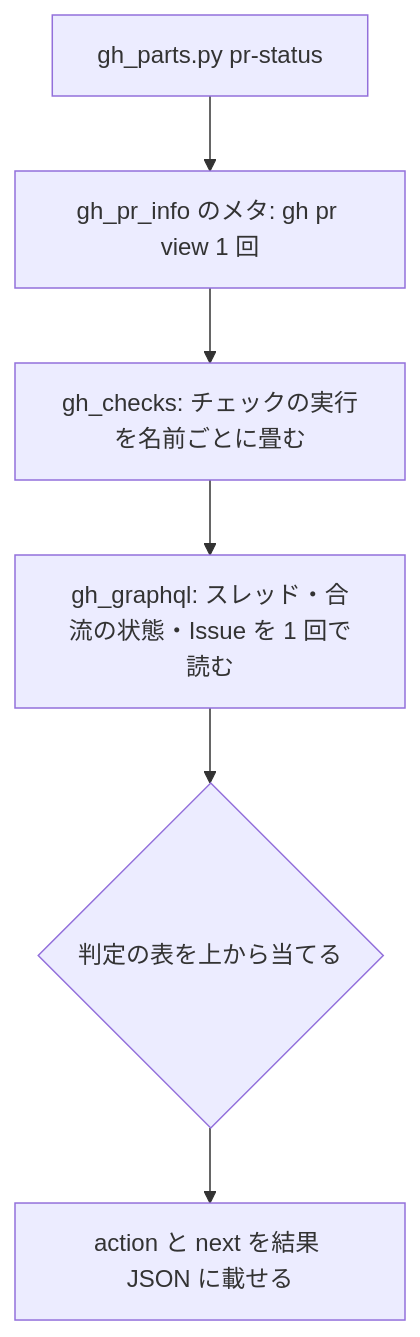
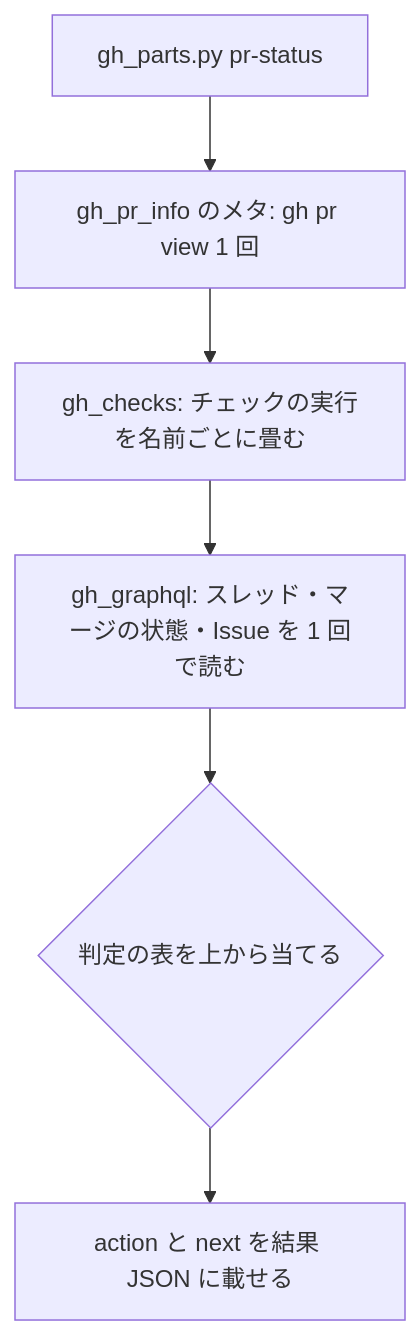
Before and after one commit to devbasex/ai-plugins: the third of 4 diagrams in issues/issue-2909-design.md, drawn with Mermaid. The commit also changed other lines of this file and 1 other file, not shown here.

````diff
--- a/issues/issue-2909-design.md
+++ b/issues/issue-2909-design.md
@@ -332,8 +325,8 @@
 ```mermaid
 graph TD
   A[gh_parts.py pr-status] --> B[gh_pr_info のメタ: gh pr view 1 回]
   B --> C[gh_checks: チェックの実行を名前ごとに畳む]
-  C --> D[gh_graphql: スレッド・合流の状態・Issue を 1 回で読む]
+  C --> D[gh_graphql: スレッド・マージの状態・Issue を 1 回で読む]
   D --> E{判定の表を上から当てる}
   E --> F[action と next を結果 JSON に載せる]
 ```
````
